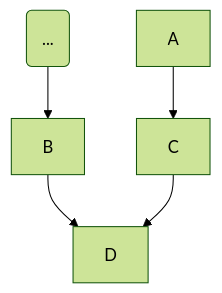
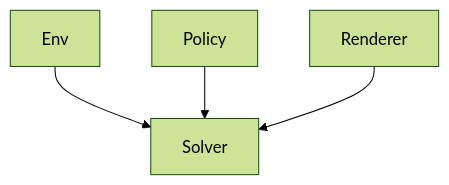
The first of 2 diagrams in README.md (aiAdrian/flatland_solver_policy), drawn with Mermaid (forest theme) before and after one commit. The commit also changed other lines of this file, not shown here.

````diff
--- a/README.md
+++ b/README.md
@@ -24,7 +24,6 @@
 ```mermaid
 graph TD;
-    do_training(...)-->B;
-    A-->C;
-    B-->D;
-    C-->D;
+    Env-->Solver;
+    Policy-->Solver;
+    Renderer-->Solver;
 ```
````
